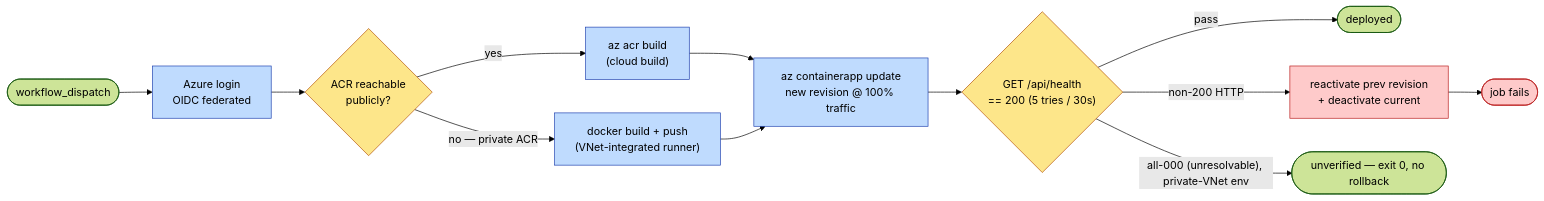
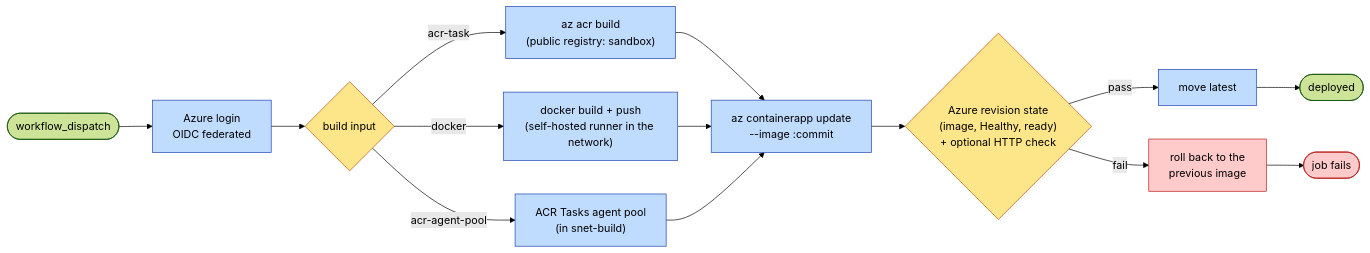
The second of 2 diagrams in docs/wiki/Deployment-and-Operations.md (Insight-Services-APAC/tokenscope-public), drawn with Mermaid (forest theme) before and after one commit. The commit also changed other lines of this file and 66 other files, not shown here.

Commit message:
Release snapshot 2026-09-29 (cba982b4): tested staging/production deployment with Front Door Premium over Private Link, example GitHub Actions workflows, public docs sweep

````diff
--- a/docs/wiki/Deployment-and-Operations.md
+++ b/docs/wiki/Deployment-and-Operations.md
@@ -98,21 +117,22 @@
 ```mermaid
 flowchart LR
   start([workflow_dispatch]) --> oidc[Azure login<br/>OIDC federated]
-  oidc --> build{"ACR reachable<br/>publicly?"}
-  build -->|yes| cloud["az acr build<br/>(cloud build)"]
-  build -->|no — private ACR| dbuild["docker build + push<br/>(VNet-integrated runner)"]
-  cloud --> roll["az containerapp update<br/>new revision @ 100% traffic"]
+  oidc --> build{"build input"}
+  build -->|acr-task| cloud["az acr build<br/>(public registry: sandbox)"]
+  build -->|docker| dbuild["docker build + push<br/>(self-hosted runner in the network)"]
+  build -->|acr-agent-pool| pool["ACR Tasks agent pool<br/>(in snet-build)"]
+  cloud --> roll["az containerapp update<br/>--image :commit"]
   dbuild --> roll
-  roll --> health{"GET /api/health<br/>== 200 (5 tries / 30s)"}
-  health -->|pass| ok([deployed])
-  health -->|non-200 HTTP| rollback["reactivate prev revision<br/>+ deactivate current"]
-  health -->|"all-000 (unresolvable), private-VNet env"| unver([unverified — exit 0, no rollback])
+  pool --> roll
+  roll --> verify{"Azure revision state<br/>(image, Healthy, ready)<br/>+ optional HTTP check"}
+  verify -->|pass| promote["move latest"] --> ok([deployed])
+  verify -->|fail| rollback["roll back to the<br/>previous image"]
   rollback --> failed([job fails])
 
   classDef ci fill:#bfdbfe,stroke:#1e40af,color:#000;
   classDef gate fill:#fde68a,stroke:#b45309,color:#000;
   classDef bad fill:#fecaca,stroke:#b91c1c,color:#000;
-  class oidc,cloud,dbuild,roll ci;
-  class build,health gate;
+  class oidc,cloud,dbuild,pool,roll,promote ci;
+  class build,verify gate;
   class rollback,failed bad;
 ```
````
